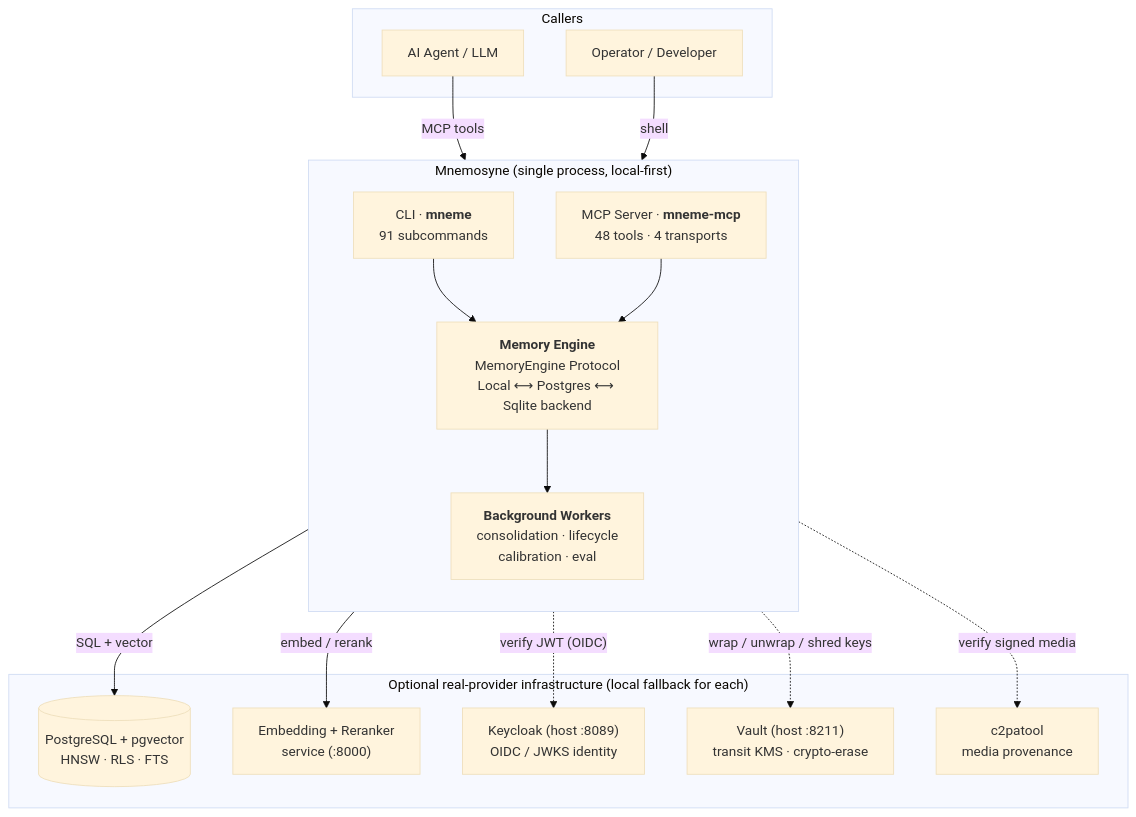
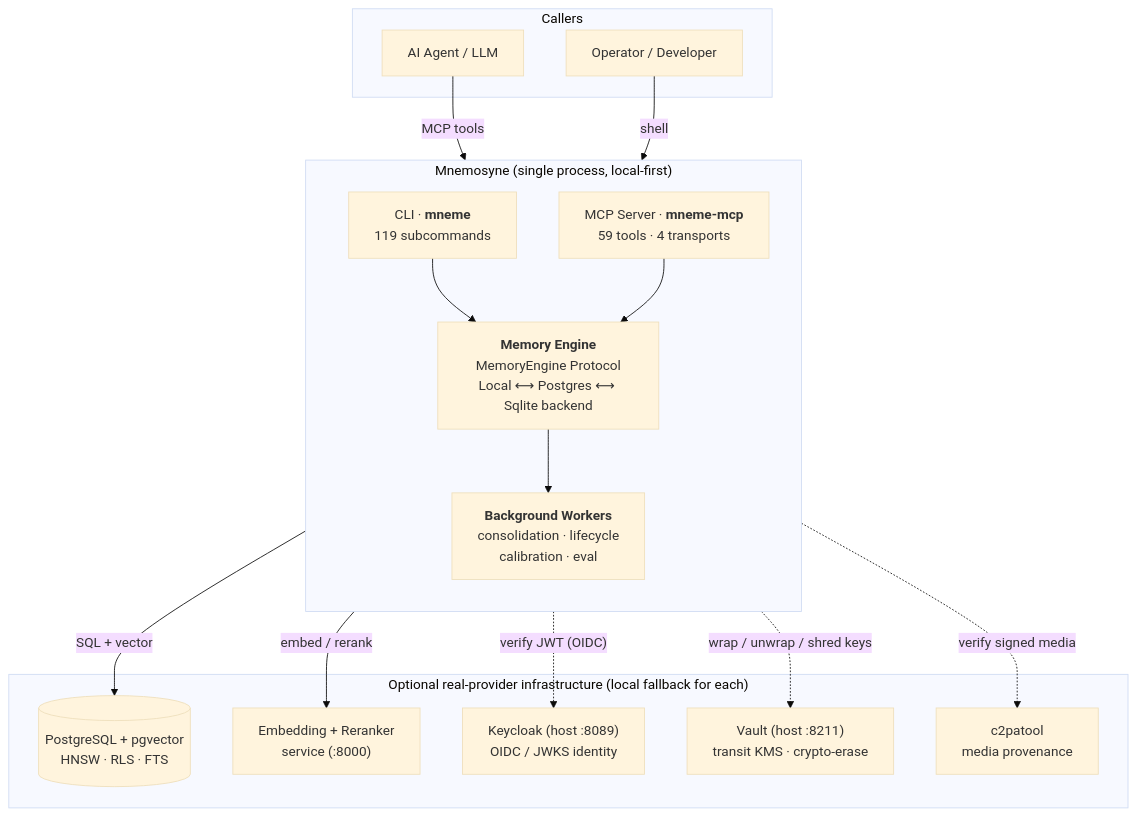
The first of 8 diagrams in docs/ARCHITECTURE-OVERVIEW.md (onfire7777/Mnemosyne), drawn with Mermaid (base theme) before and after one commit. The commit also changed other lines of this file and 1 other file, not shown here.

````diff
--- a/docs/ARCHITECTURE-OVERVIEW.md
+++ b/docs/ARCHITECTURE-OVERVIEW.md
@@ -30,34 +31,34 @@
 ```mermaid
 flowchart TB
     subgraph clients["Callers"]
         AGENT["AI Agent / LLM"]
         HUMAN["Operator / Developer"]
     end
 
     subgraph mneme["Mnemosyne (single process, local-first)"]
         direction TB
-        CLI["CLI · <b>mneme</b><br/>91 subcommands"]
-        MCP["MCP Server · <b>mneme-mcp</b><br/>48 tools · 4 transports"]
+        CLI["CLI · <b>mneme</b><br/>119 subcommands"]
+        MCP["MCP Server · <b>mneme-mcp</b><br/>59 tools · 4 transports"]
         ENGINE["<b>Memory Engine</b><br/>MemoryEngine Protocol<br/>Local ⟷ Postgres ⟷ Sqlite backend"]
         WORK["<b>Background Workers</b><br/>consolidation · lifecycle<br/>calibration · eval"]
         CLI --> ENGINE
         MCP --> ENGINE
         ENGINE --> WORK
     end
 
     subgraph infra["Optional real-provider infrastructure (local fallback for each)"]
         PG[("PostgreSQL + pgvector<br/>HNSW · RLS · FTS")]
         EMB["Embedding + Reranker<br/>service (:8000)"]
         KC["Keycloak (host :8089)<br/>OIDC / JWKS identity"]
         VAULT["Vault (host :8211)<br/>transit KMS · crypto-erase"]
         C2PA["c2patool<br/>media provenance"]
     end
 
     AGENT -->|"MCP tools"| MCP
     HUMAN -->|"shell"| CLI
     ENGINE -->|"SQL + vector"| PG
     ENGINE -->|"embed / rerank"| EMB
     ENGINE -. "verify JWT (OIDC)" .-> KC
     ENGINE -. "wrap / unwrap / shred keys" .-> VAULT
     ENGINE -. "verify signed media" .-> C2PA
 ```
````
